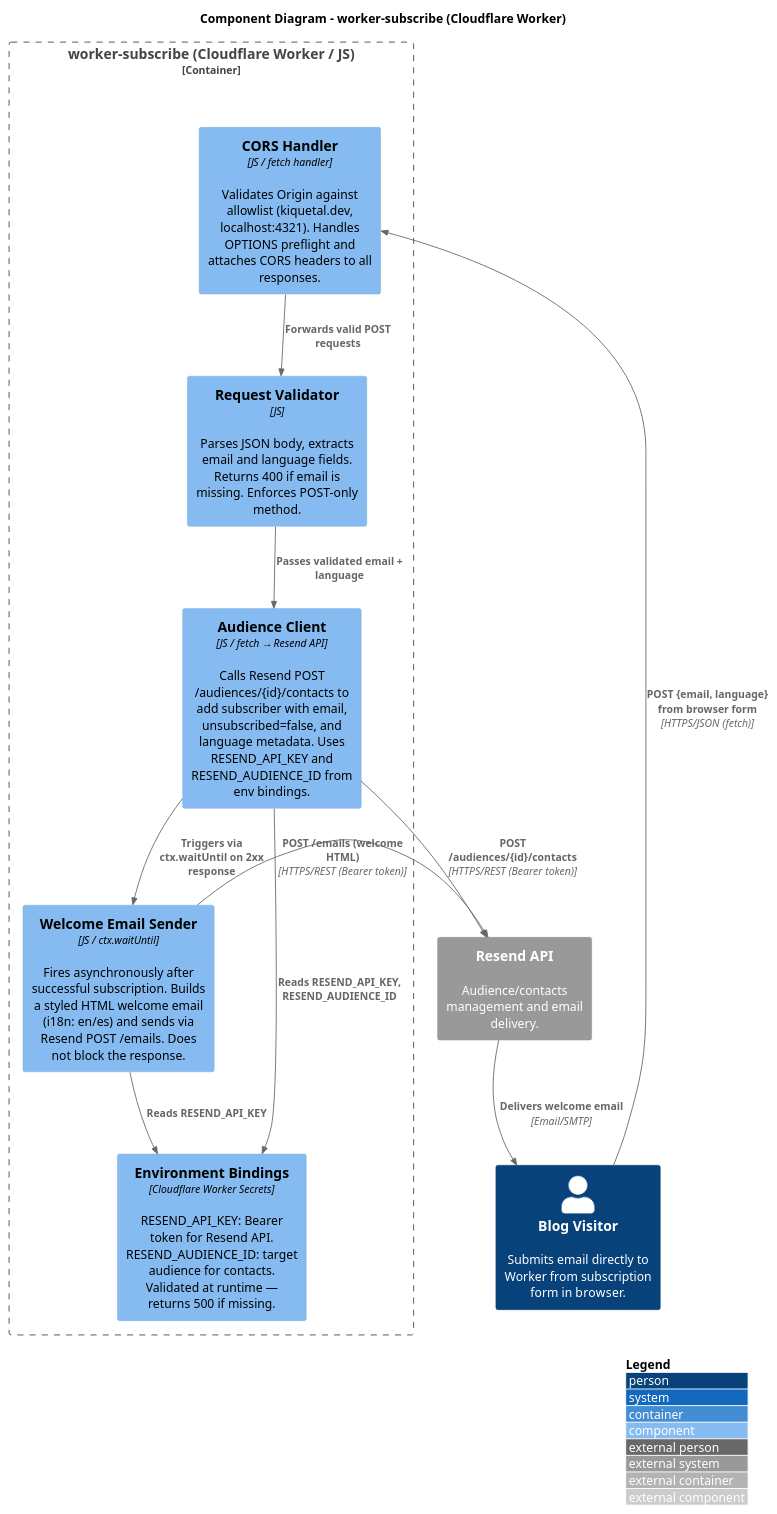
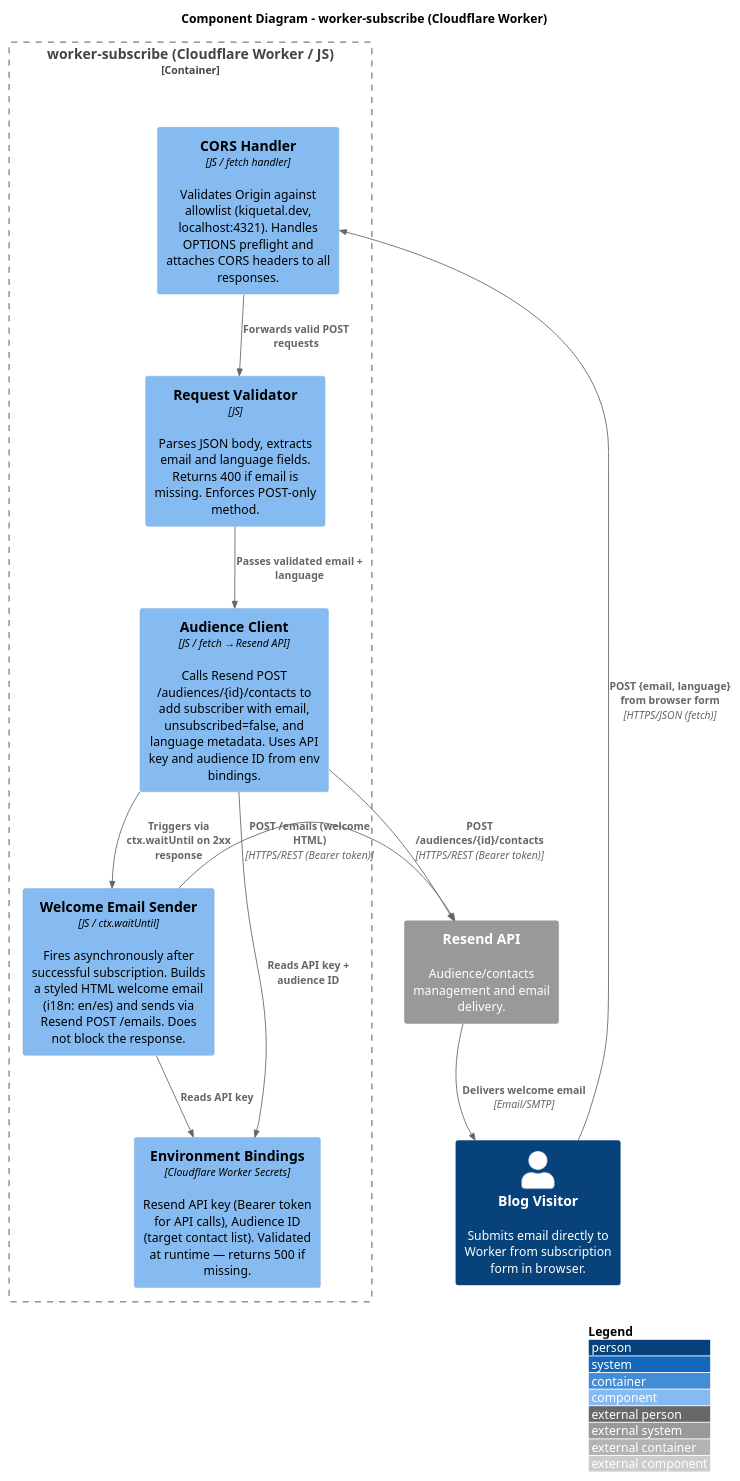
One commit to kiquetal/kiquetal.github.io changed the diagram in public/blog/2026-08-12-newsletter-system-design/c4_3_component_worker_subscribe.puml. Above: the diagram before and after it, drawn with PlantUML. The commit also changed 4 other files, not shown here.

Commit message:
docs: generalize secret names in C4 diagrams — use descriptive labels instead of env var names

```diff
--- a/public/blog/2026-08-12-newsletter-system-design/c4_3_component_worker_subscribe.puml
+++ b/public/blog/2026-08-12-newsletter-system-design/c4_3_component_worker_subscribe.puml
@@ -1,78 +1,78 @@
 @startuml C4_Level3_WorkerSubscribe
 ' =============================================================================
 ' C4 Level 3 — Component Diagram (worker-subscribe)
 ' =============================================================================
 ' Zooms INTO the "worker-subscribe" Cloudflare Worker from Level 2.
 ' Shows the major internal building blocks: CORS handler, request validation,
 ' Resend audience client, and welcome email sender.
 '
 ' AUDIENCE: Developers working on the subscription flow.
 '
 ' WHY THIS CONTAINER: worker-subscribe is the core of the subscription pipeline —
 ' it handles CORS, validation, audience management, and async welcome email delivery.
 ' =============================================================================
 
 !include https://raw.githubusercontent.com/plantuml-stdlib/C4-PlantUML/master/C4_Component.puml
 
 ' --- Layout ---
 LAYOUT_TOP_DOWN()
 LAYOUT_WITH_LEGEND()
 
 title Component Diagram - worker-subscribe (Cloudflare Worker)
 
 ' =============================================================================
 ' EXTERNAL CONTAINERS (from Level 2 — shown for context)
 ' =============================================================================
 
 System_Ext(resend, "Resend API", "Audience/contacts management and email delivery.")
 Person(subscriber, "Blog Visitor", "Submits email directly to Worker from subscription form in browser.")
 
 ' =============================================================================
 ' CONTAINER BOUNDARY — worker-subscribe internals
 ' =============================================================================
 
 Container_Boundary(worker_subscribe, "worker-subscribe (Cloudflare Worker / JS)") {
 
     ' --- Request Handling Layer ---
     Component(cors_handler, "CORS Handler", "JS / fetch handler", "Validates Origin against allowlist (kiquetal.dev, localhost:4321). Handles OPTIONS preflight and attaches CORS headers to all responses.")
 
     Component(request_validator, "Request Validator", "JS", "Parses JSON body, extracts email and language fields. Returns 400 if email is missing. Enforces POST-only method.")
 
     ' --- Business Logic Layer ---
-    Component(audience_client, "Audience Client", "JS / fetch → Resend API", "Calls Resend POST /audiences/{id}/contacts to add subscriber with email, unsubscribed=false, and language metadata. Uses RESEND_API_KEY and RESEND_AUDIENCE_ID from env bindings.")
+    Component(audience_client, "Audience Client", "JS / fetch → Resend API", "Calls Resend POST /audiences/{id}/contacts to add subscriber with email, unsubscribed=false, and language metadata. Uses API key and audience ID from env bindings.")
 
     Component(welcome_sender, "Welcome Email Sender", "JS / ctx.waitUntil", "Fires asynchronously after successful subscription. Builds a styled HTML welcome email (i18n: en/es) and sends via Resend POST /emails. Does not block the response.")
 
     ' --- Configuration ---
-    Component(env_config, "Environment Bindings", "Cloudflare Worker Secrets", "RESEND_API_KEY: Bearer token for Resend API. RESEND_AUDIENCE_ID: target audience for contacts. Validated at runtime — returns 500 if missing.")
+    Component(env_config, "Environment Bindings", "Cloudflare Worker Secrets", "Resend API key (Bearer token for API calls), Audience ID (target contact list). Validated at runtime — returns 500 if missing.")
 }
 
 ' =============================================================================
 ' RELATIONSHIPS — Internal
 ' =============================================================================
 
 ' Subscriber browser → CORS Handler (entry point — form submits directly to Worker)
 Rel(subscriber, cors_handler, "POST {email, language} from browser form", "HTTPS/JSON (fetch)")
 
 ' CORS Handler → Request Validator
 Rel(cors_handler, request_validator, "Forwards valid POST requests")
 
 ' Request Validator → Audience Client
 Rel(request_validator, audience_client, "Passes validated email + language")
 
 ' Audience Client → Welcome Sender (on success)
 Rel(audience_client, welcome_sender, "Triggers via ctx.waitUntil on 2xx response")
 
 ' Env config used by clients
-Rel(audience_client, env_config, "Reads RESEND_API_KEY, RESEND_AUDIENCE_ID")
-Rel(welcome_sender, env_config, "Reads RESEND_API_KEY")
+Rel(audience_client, env_config, "Reads API key + audience ID")
+Rel(welcome_sender, env_config, "Reads API key")
 
 ' =============================================================================
 ' RELATIONSHIPS — To External Containers
 ' =============================================================================
 
 Rel(audience_client, resend, "POST /audiences/{id}/contacts", "HTTPS/REST (Bearer token)")
 Rel(welcome_sender, resend, "POST /emails (welcome HTML)", "HTTPS/REST (Bearer token)")
 Rel(resend, subscriber, "Delivers welcome email", "Email/SMTP")
 
 @enduml
```
